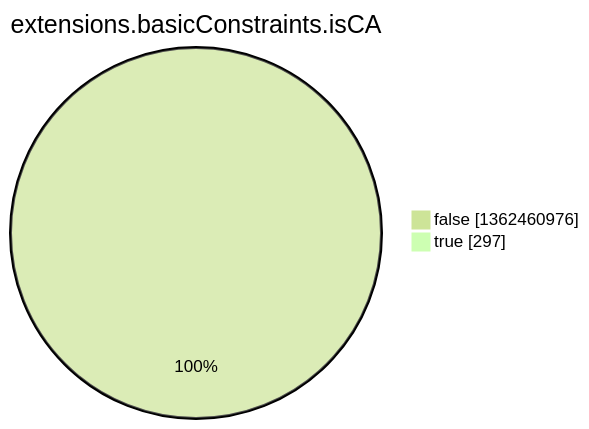
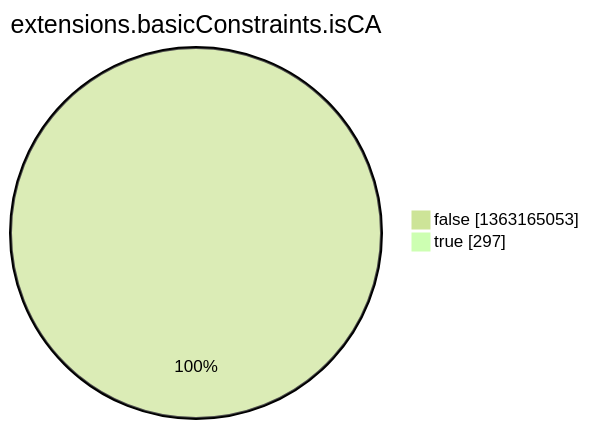
The eighth of 15 diagrams in argon2022/README.md (christiankrug/ctmonitor_visualization), drawn with Mermaid (forest theme) before and after one commit. The commit also changed other lines of this file, not shown here.

````diff
--- a/argon2022/README.md
+++ b/argon2022/README.md
@@ -2758,6 +2758,6 @@
 ```mermaid
 pie showData
 title extensions.basicConstraints.isCA
-"false" :1362460976
+"false" :1363165053
 "true" :297
 ```
````
